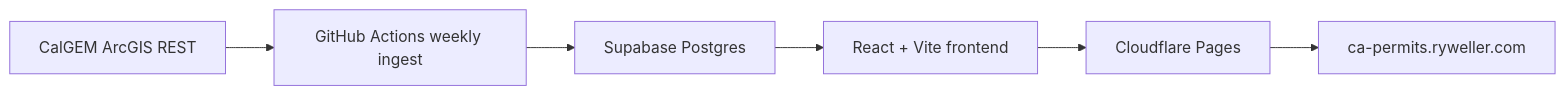
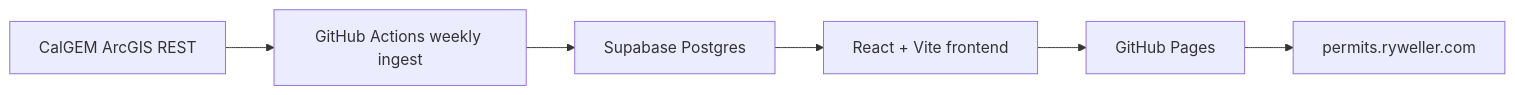
The diagram in docs/architecture.md (rockpyer/ca-permits), drawn with Mermaid before and after one commit. The commit also changed other lines of this file and 6 other files, not shown here.

Commit message:
Fix GitHub Pages custom domain build

````diff
--- a/docs/architecture.md
+++ b/docs/architecture.md
@@ -5,8 +5,8 @@
 ```mermaid
 flowchart LR
   CalGEM["CalGEM ArcGIS REST"] --> Actions["GitHub Actions weekly ingest"]
   Actions --> Supabase["Supabase Postgres"]
   Supabase --> React["React + Vite frontend"]
-  React --> Cloudflare["Cloudflare Pages"]
-  Cloudflare --> Domain["ca-permits.ryweller.com"]
+  React --> Pages["GitHub Pages"]
+  Pages --> Domain["permits.ryweller.com"]
 ```
````
